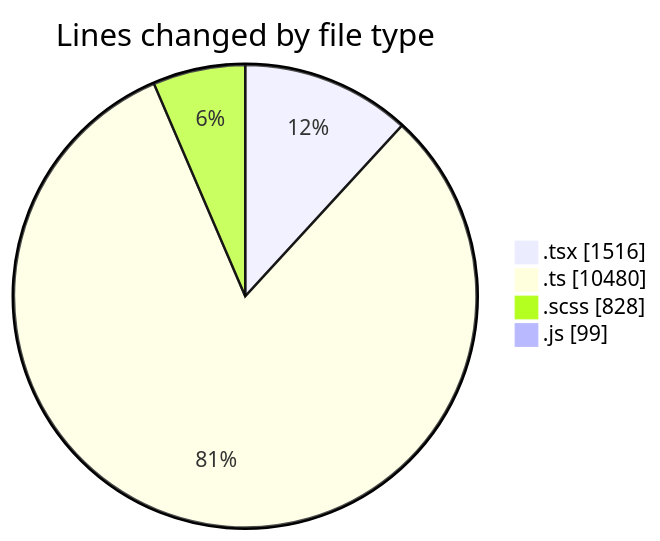
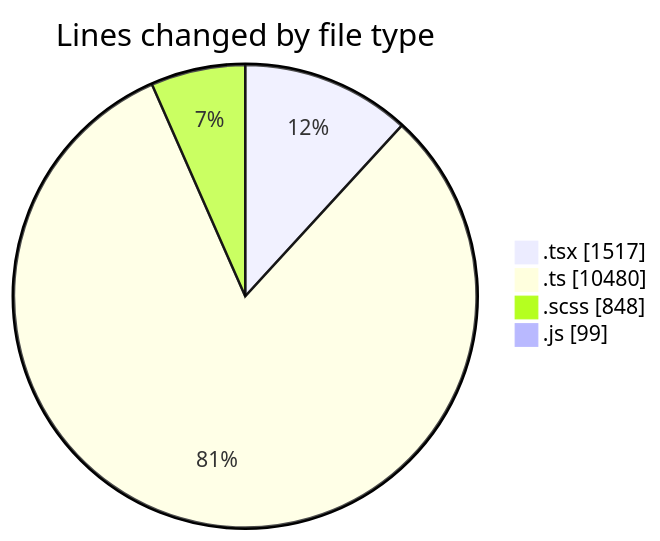
The first of 2 diagrams in 2025-03-26/cda/README.md (momahboobian/code-tracking), drawn with Mermaid before and after one commit. The commit also changed other lines of this file and 1 other file, not shown here.

````diff
--- a/2025-03-26/cda/README.md
+++ b/2025-03-26/cda/README.md
@@ -44,8 +44,8 @@
 ```mermaid
 pie showData
 title Lines changed by file type
-".tsx" : 1516
+".tsx" : 1517
 ".ts" : 10480
-".scss" : 828
+".scss" : 848
 ".js" : 99
 ```
````
